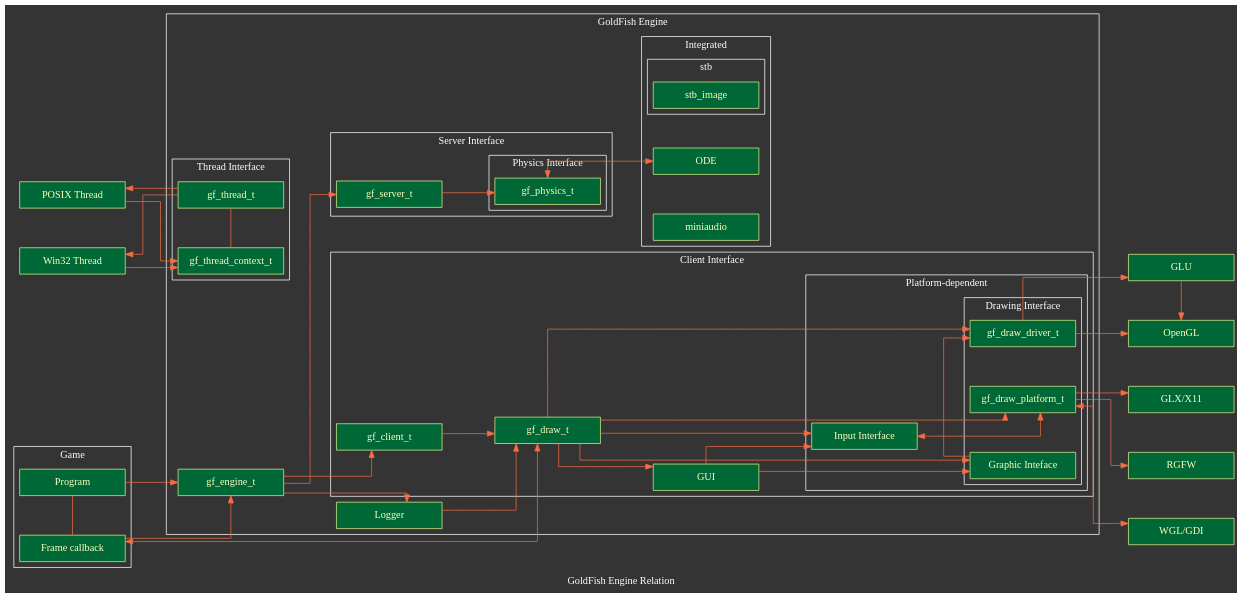
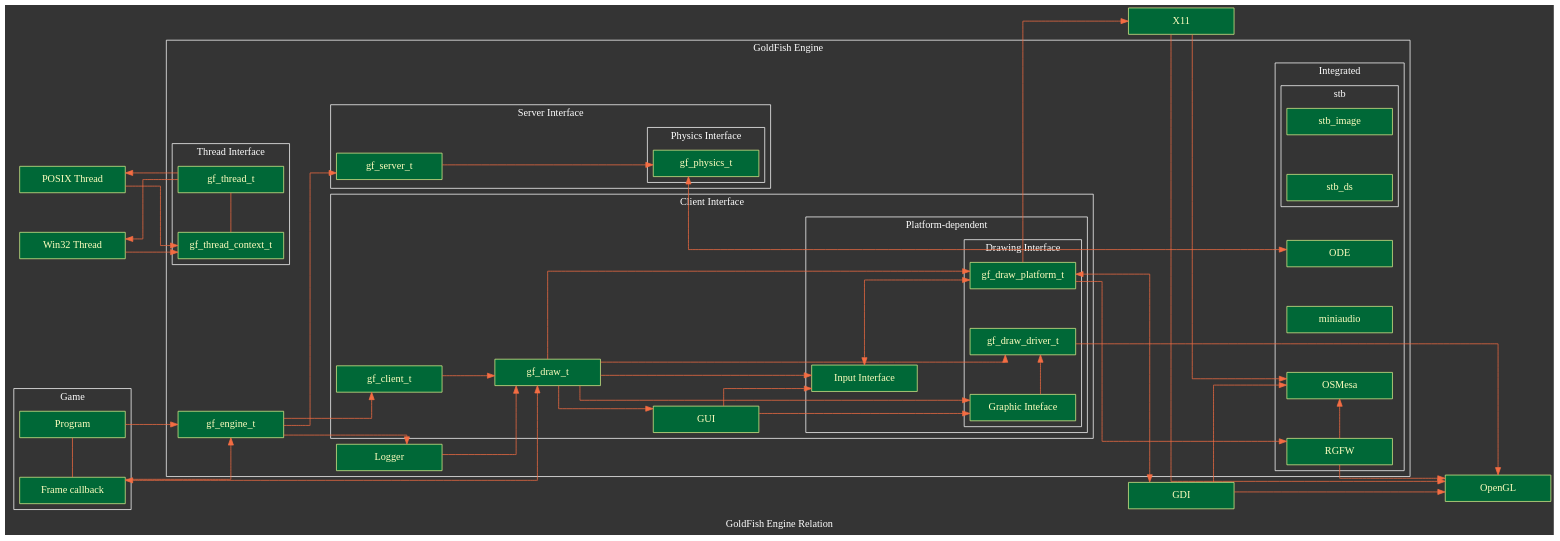
Before and after one commit to pyrite-dev/nishbox: the diagram in engine/misc/relation.gv, drawn with Graphviz. The commit also changed 1 other file, not shown here.

Commit message:
update relation graph

```diff
--- a/engine/misc/relation.gv
+++ b/engine/misc/relation.gv
@@ -35,14 +35,8 @@
 	opengl [
 		label = "OpenGL"
 	];
-	glu [
-		label = "GLU"
-	];
-	glx [
-		label = "GLX/X11"
-	];
-	rgfw [
-		label = "RGFW"
+	x11 [
+		label = "X11"
 	];
 	pthread [
 		label = "POSIX Thread"
@@ -50,8 +44,8 @@
 	win32thread [
 		label = "Win32 Thread"
 	];
-	wgl [
-		label = "WGL/GDI"
+	gdi [
+		label = "GDI"
 	];
 
 	subgraph cluster_user {
@@ -144,11 +138,20 @@
 			miniaudio [
 				label = "miniaudio"
 			];
+			rgfw [
+				label = "RGFW"
+			];
+			osmesa [
+				label = "OSMesa"
+			];
 
 			subgraph cluster_stb {
 				label = "stb";
 				stb_image [
 					label = "stb_image"
+				];
+				stb_ds [
+					label = "stb_ds"
 				];
 			};
 		};
@@ -188,15 +191,17 @@
 		dir = "both"
 	];
 
-	dd -> {opengl glu};
+	dd -> opengl;
 
-	dp -> glx;
+	dp -> x11;
 	
 	dp -> rgfw;
 
-	dp -> {wgl} [ // These APIs are callback-based
+	dp -> gdi [ // These APIs are callback-based
 		dir = "both"
 	];
+
+	{x11 gdi rgfw} -> {opengl osmesa};
 
 	dt -> gui;
 
@@ -226,13 +231,10 @@
 		dir = "none"
 	];
 
-	// External
-	glu -> opengl;
-
 	// Rank
 	{
 		rank = "same";
-		glx; wgl; rgfw;
+		x11; gdi;
 	};
 
 	{
@@ -247,6 +249,6 @@
 
 	{
 		rank = "same";
-		opengl; glu;
+		opengl;
 	};
 }
```
